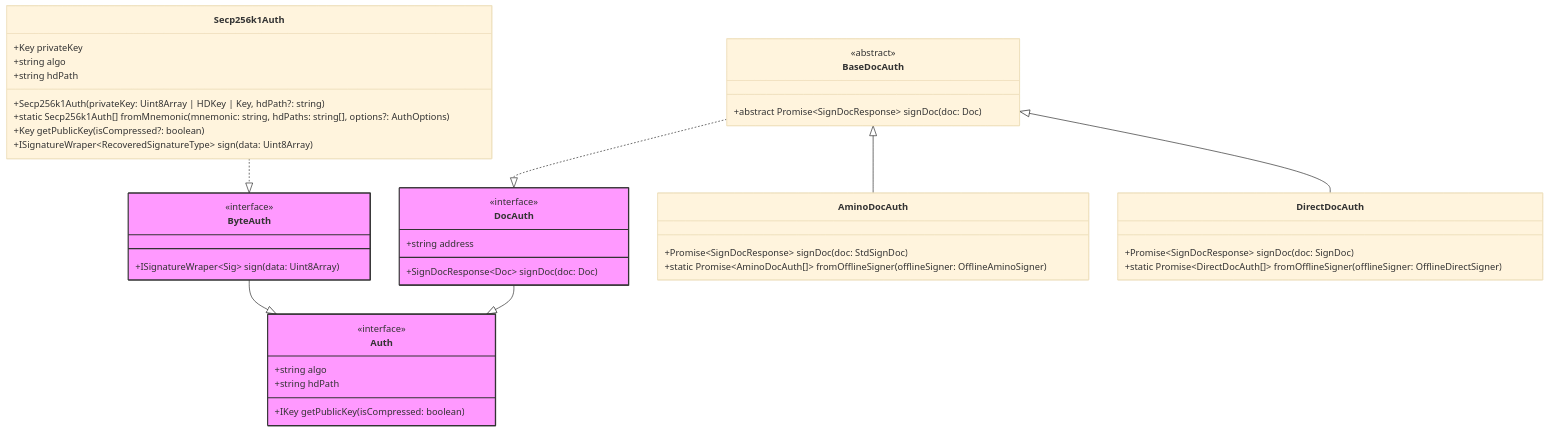
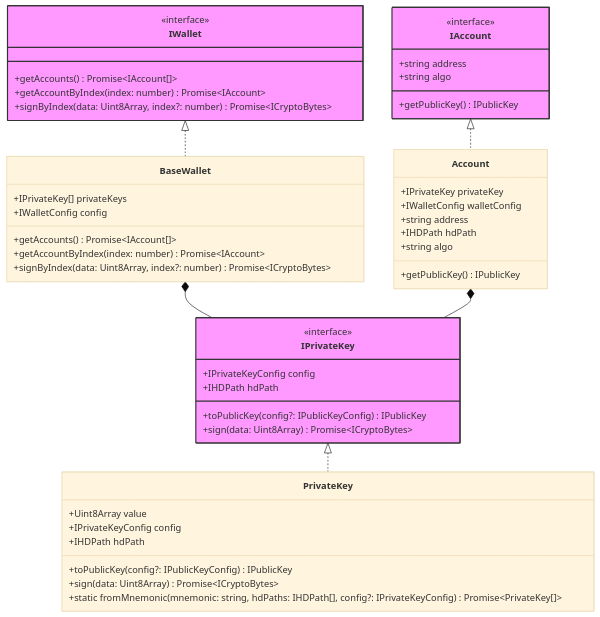
Before and after one commit to hyperweb-io/interchainjs: the diagram in docs/advanced/auth.md, drawn with Mermaid (base theme). The commit also changed other lines of this file and 36 other files, not shown here.

````diff
--- a/docs/advanced/auth.md
+++ b/docs/advanced/auth.md
@@ -5,58 +5,60 @@
 ```mermaid
 classDiagram
-    class Auth {
+    class IWallet {
         <<interface>>
-        +string algo
-        +string hdPath
-        +IKey getPublicKey(isCompressed: boolean)
+        +getAccounts() Promise~IAccount[]~
+        +getAccountByIndex(index: number) Promise~IAccount~
+        +signByIndex(data: Uint8Array, index?: number) Promise~ICryptoBytes~
     }
 
-    class ByteAuth {
-        <<interface>>
-        +ISignatureWraper~Sig~ sign(data: Uint8Array)
+    class BaseWallet {
+        +IPrivateKey[] privateKeys
+        +IWalletConfig config
+        +getAccounts() Promise~IAccount[]~
+        +getAccountByIndex(index: number) Promise~IAccount~
+        +signByIndex(data: Uint8Array, index?: number) Promise~ICryptoBytes~
     }
 
-    class DocAuth {
+    class IAccount {
         <<interface>>
         +string address
-        +SignDocResponse~Doc~ signDoc(doc: Doc)
+        +string algo
+        +getPublicKey() IPublicKey
     }
 
-    ByteAuth --|> Auth
-    DocAuth --|> Auth
-    BaseDocAuth ..|> DocAuth
-
-    class BaseDocAuth {
-        <<abstract>>
-        +abstract Promise~SignDocResponse~ signDoc(doc: Doc)
+    class Account {
+        +IPrivateKey privateKey
+        +IWalletConfig walletConfig
+        +string address
+        +IHDPath hdPath
+        +string algo
+        +getPublicKey() IPublicKey
     }
 
-    class AminoDocAuth {
-        +Promise~SignDocResponse~ signDoc(doc: StdSignDoc)
-        +static Promise~AminoDocAuth[]~ fromOfflineSigner(offlineSigner: OfflineAminoSigner)
+    class IPrivateKey {
+        <<interface>>
+        +IPrivateKeyConfig config
+        +IHDPath hdPath
+        +toPublicKey(config?: IPublicKeyConfig) IPublicKey
+        +sign(data: Uint8Array) Promise~ICryptoBytes~
     }
 
-    class DirectDocAuth {
-        +Promise~SignDocResponse~ signDoc(doc: SignDoc)
-        +static Promise~DirectDocAuth[]~ fromOfflineSigner(offlineSigner: OfflineDirectSigner)
+    class PrivateKey {
+        +Uint8Array value
+        +IPrivateKeyConfig config
+        +IHDPath hdPath
+        +toPublicKey(config?: IPublicKeyConfig) IPublicKey
+        +sign(data: Uint8Array) Promise~ICryptoBytes~
+        +static fromMnemonic(mnemonic: string, hdPaths: IHDPath[], config?: IPrivateKeyConfig) Promise~PrivateKey[]~
     }
 
-    BaseDocAuth <|-- AminoDocAuth
-    BaseDocAuth <|-- DirectDocAuth
+    IWallet <|.. BaseWallet
+    IAccount <|.. Account
+    IPrivateKey <|.. PrivateKey
+    BaseWallet *-- IPrivateKey
+    Account *-- IPrivateKey
 
-    class Secp256k1Auth {
-        +Key privateKey
-        +string algo
-        +string hdPath
-        +Secp256k1Auth(privateKey: Uint8Array | HDKey | Key, hdPath?: string)
-        +static Secp256k1Auth[] fromMnemonic(mnemonic: string, hdPaths: string[], options?: AuthOptions)
-        +Key getPublicKey(isCompressed?: boolean)
-        +ISignatureWraper~RecoveredSignatureType~ sign(data: Uint8Array)
-    }
-
-    Secp256k1Auth ..|> ByteAuth
-
-    style Auth fill:#f9f,stroke:#333,stroke-width:2px
-    style ByteAuth fill:#f9f,stroke:#333,stroke-width:2px
-    style DocAuth fill:#f9f,stroke:#333,stroke-width:2px
+    style IWallet fill:#f9f,stroke:#333,stroke-width:2px
+    style IAccount fill:#f9f,stroke:#333,stroke-width:2px
+    style IPrivateKey fill:#f9f,stroke:#333,stroke-width:2px
 ```
````
